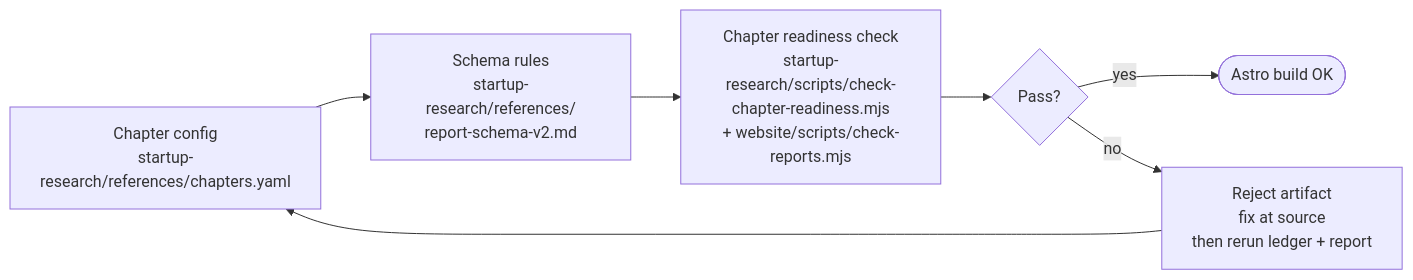
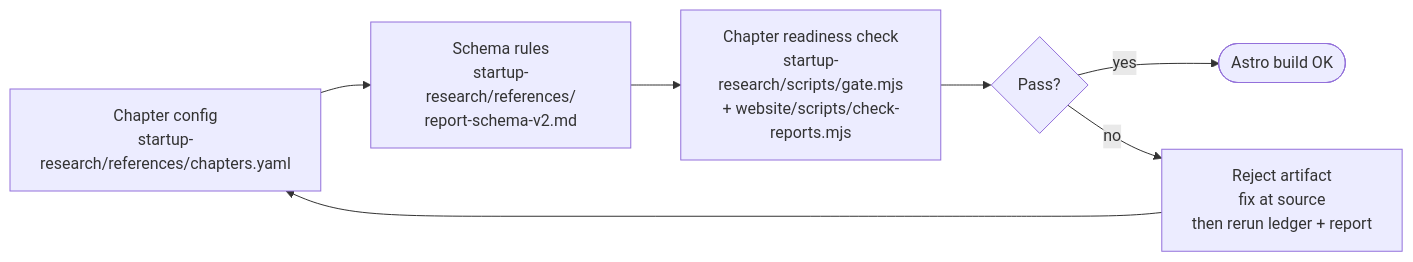
The third of 3 diagrams in README.md (huangyingting/startup), drawn with Mermaid before and after one commit. The commit also changed other lines of this file and 19 other files, not shown here.

First line of the commit message:
feat: add scripts for startup research workflow validation and reporting

````diff
--- a/README.md
+++ b/README.md
@@ -87,9 +87,9 @@
 ```mermaid
 flowchart LR
   A[Chapter config<br/>startup-research/references/chapters.yaml] --> B[Schema rules<br/>startup-research/references/<br/>report-schema-v2.md]
-  B --> C[Chapter readiness check<br/>startup-research/scripts/check-chapter-readiness.mjs<br/>+ website/scripts/check-reports.mjs]
+  B --> C[Chapter readiness check<br/>startup-research/scripts/gate.mjs<br/>+ website/scripts/check-reports.mjs]
   C --> D{Pass?}
   D -- yes --> Ship([Astro build OK])
   D -- no --> Fix[Reject artifact<br/>fix at source<br/>then rerun ledger + report]
   Fix --> A
 ```
````
